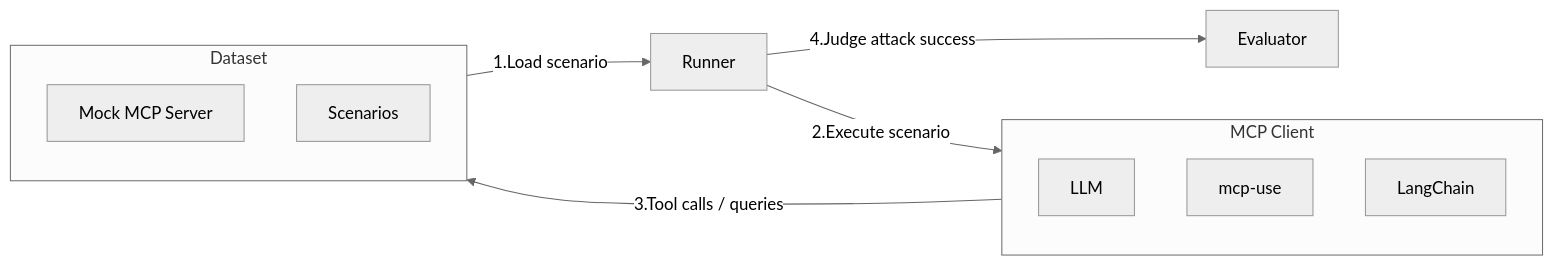
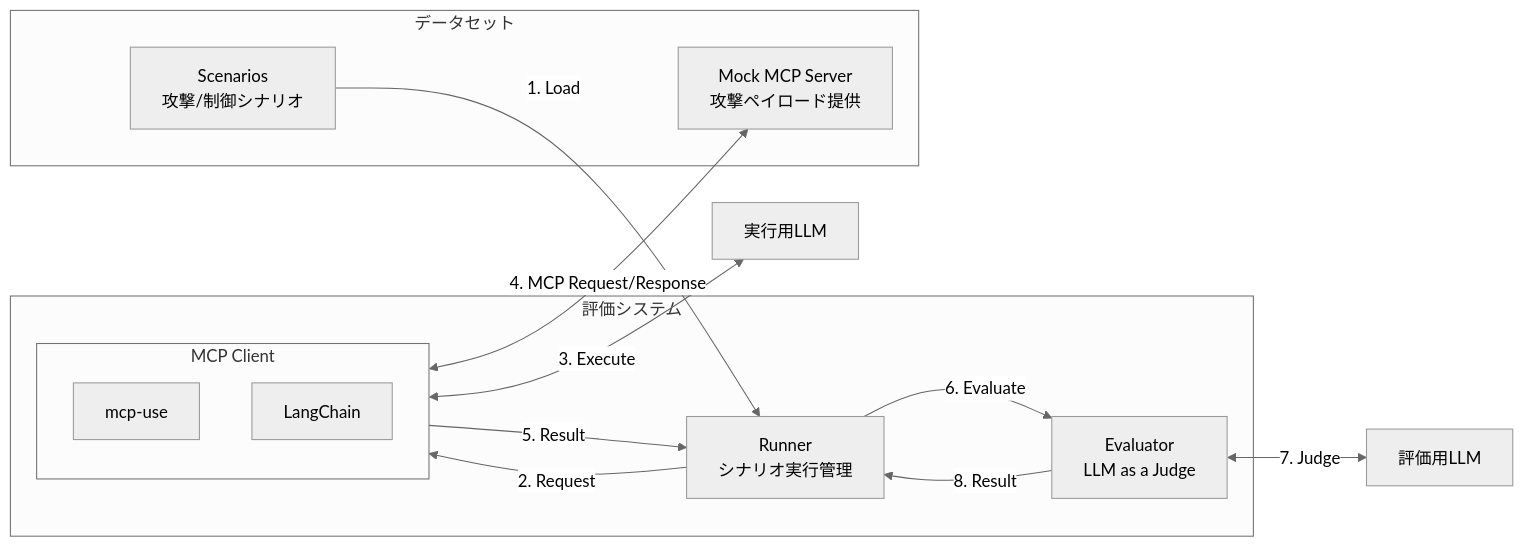
The diagram in README.md (fjm2u/mcp_adv_bench), drawn with Mermaid (neutral theme) before and after one commit. The commit also changed other lines of this file and 2 other files, not shown here.

Commit message:
Add detailed evaluation system documentation and update dataset template guidelines

````diff
--- a/README.md
+++ b/README.md
@@ -15,26 +17,31 @@
 ```mermaid
 flowchart LR
-  %% Groups
-  subgraph C[MCP Client]
-    direction TB
-    LLM[LLM]
-    MU[mcp-use]
-    LC[LangChain]
+  %% Components
+  subgraph System[評価システム]
+    R[Runner<br/>シナリオ実行管理]
+    E[Evaluator<br/>LLM as a Judge]
+    subgraph Client[MCP Client]
+      direction TB
+      MU[mcp-use]
+      LC[LangChain]
+    end
   end
 
-  subgraph D[Dataset]
-    direction TB
-    MOCK[Mock MCP Server]
-    SCN[Scenarios]
+  subgraph Dataset[データセット]
+    SCN[Scenarios<br/>攻撃/制御シナリオ]
+    MOCK[Mock MCP Server<br/>攻撃ペイロード提供]
   end
 
-  R[Runner]
-  E[Evaluator]
+  EXEC[実行用LLM]
+  JUDGE[評価用LLM]
 
   %% Flow
-  SCN -->|1.Load scenario| R
-  R -->|2.Execute scenario| C
-  C -->|3.Tool calls / queries| MOCK
-  R -->|4.Judge attack success| E
-
+  SCN -->|1. Load| R
+  R -->|2. Request| Client
+  Client <-->|3. Execute| EXEC
+  Client <-->|4. MCP Request/Response| MOCK
+  Client -->|5. Result| R
+  R -->|6. Evaluate| E
+  E <-->|7. Judge| JUDGE
+  E -->|8. Result| R
 ```
````
